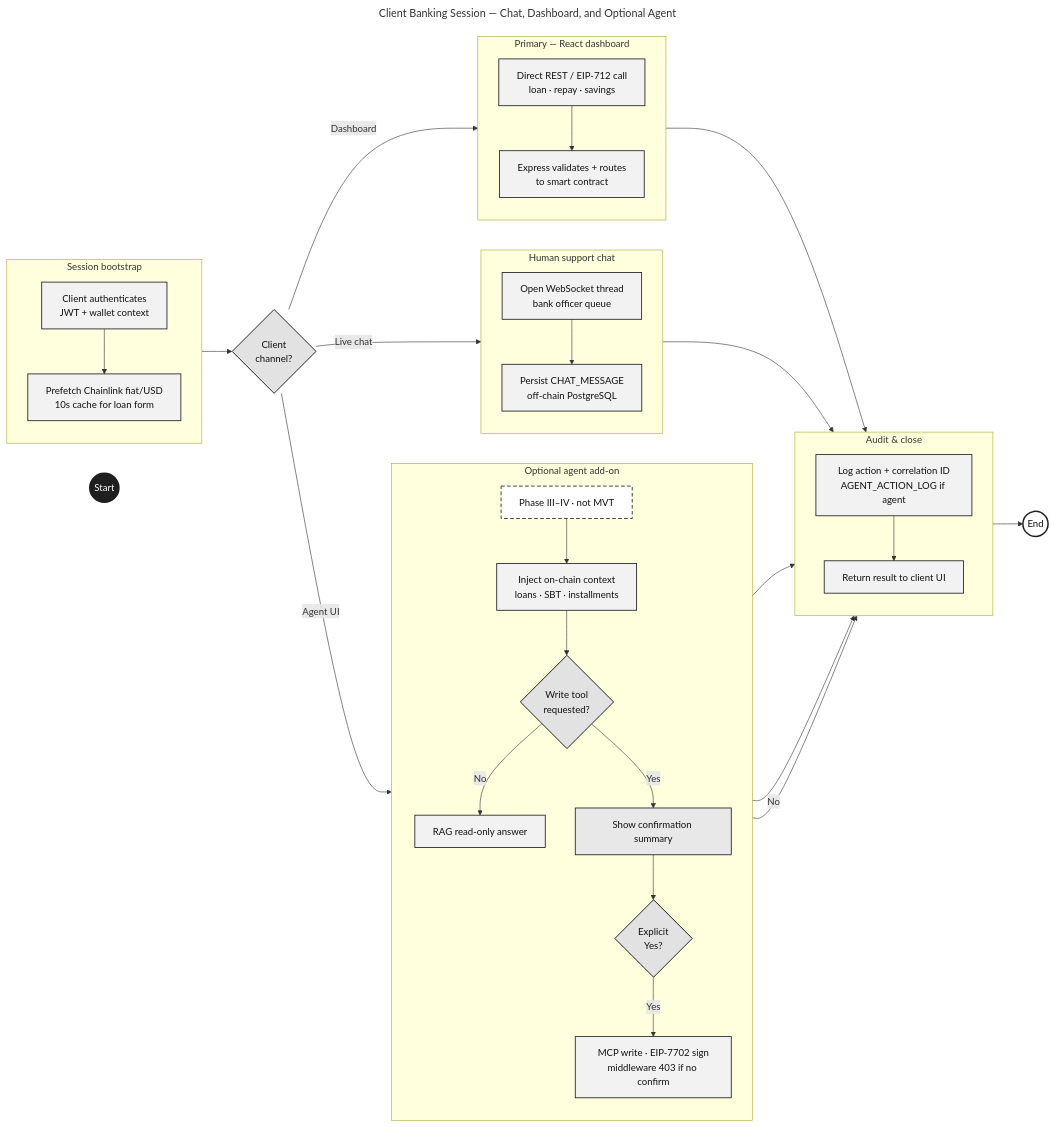
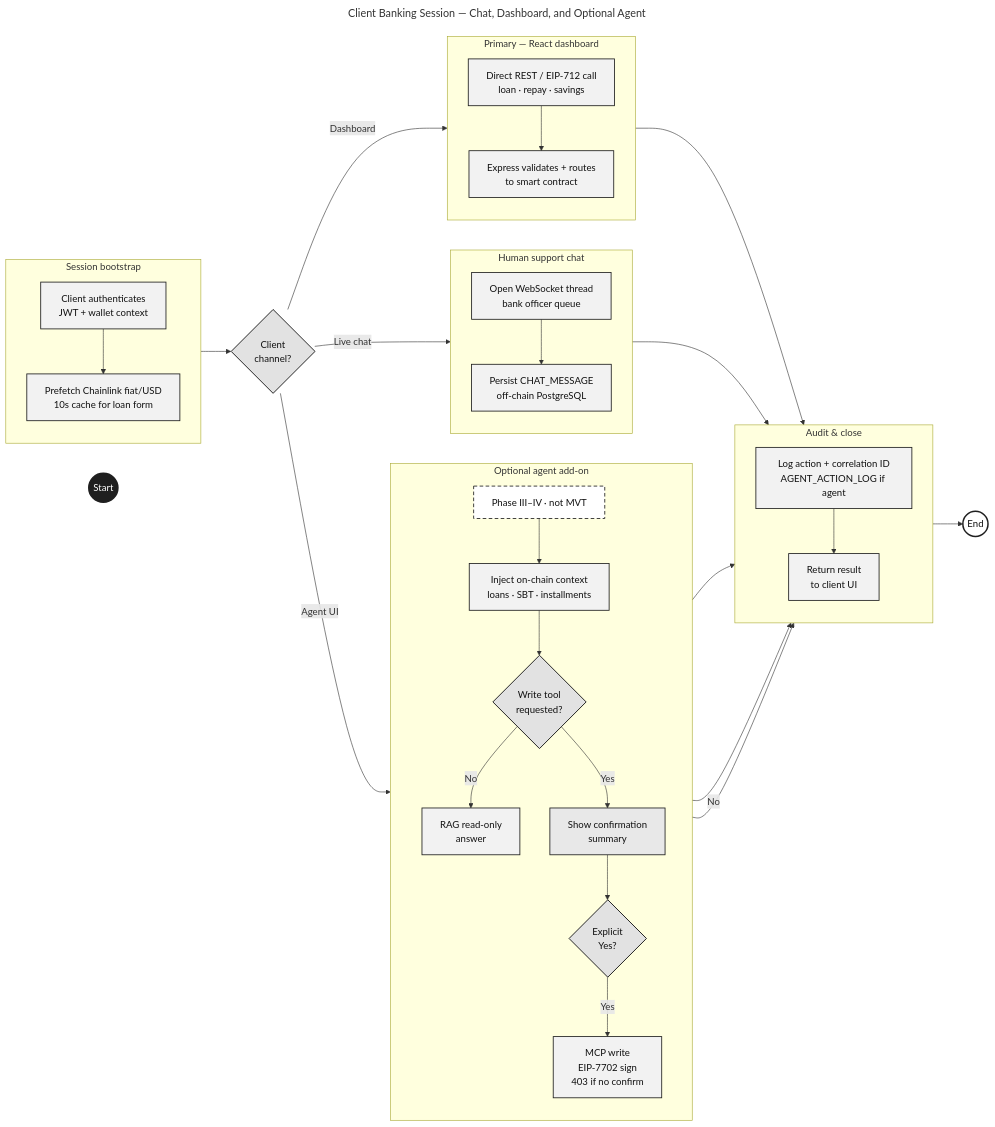
Before and after one commit to Yuvraajrahman/Cryto-World-Bank: the diagram in Documentation/Diagrams/mermaid-src/improved diagrams/fig-activity-aux.mmd, drawn with Mermaid. The commit also changed 115 other files, not shown here.

Commit message:
updated and fixed diagrams

```diff
--- a/Documentation/Diagrams/mermaid-src/improved diagrams/fig-activity-aux.mmd
+++ b/Documentation/Diagrams/mermaid-src/improved diagrams/fig-activity-aux.mmd
@@ -1,68 +1,68 @@
 ---
 title: Client Banking Session — Chat, Dashboard, and Optional Agent
 ---
 flowchart LR
     classDef start  fill:#1F1F1F,color:#FFFFFF,stroke:#1F1F1F,stroke-width:2.5px
     classDef finish fill:#FFFFFF,color:#111111,stroke:#1F1F1F,stroke-width:2.5px
     classDef act    fill:#F2F2F2,stroke:#1F1F1F,stroke-width:1.4px,color:#111111
     classDef dec    fill:#E2E2E2,stroke:#1F1F1F,stroke-width:1.6px,color:#111111
     classDef core   fill:#FAFAFA,stroke:#1F1F1F,stroke-width:1.6px,color:#111111
     classDef opt    fill:#FFFFFF,stroke:#1F1F1F,stroke-width:1.4px,color:#111111,stroke-dasharray:6 4
     classDef gate   fill:#E8E8E8,stroke:#1F1F1F,stroke-width:1.4px,color:#111111
 
     S(("Start")):::start
 
     subgraph PRE[" Session bootstrap "]
         direction TB
         PRE1["Client authenticates<br/>JWT + wallet context"]:::act
         PRE2["Prefetch Chainlink fiat/USD<br/>10s cache for loan form"]:::act
         PRE1 --> PRE2
     end
 
     PRE --> ROUTE{Client<br/>channel?}:::dec
 
     subgraph DASH[" Primary — React dashboard "]
         direction TB
         D1["Direct REST / EIP-712 call<br/>loan · repay · savings"]:::act
         D2["Express validates + routes<br/>to smart contract"]:::act
         D1 --> D2
     end
 
     subgraph CHAT[" Human support chat "]
         direction TB
         C1["Open WebSocket thread<br/>bank officer queue"]:::act
         C2["Persist CHAT_MESSAGE<br/>off-chain PostgreSQL"]:::act
         C1 --> C2
     end
 
     subgraph AGENT[" Optional agent add-on "]
         direction TB
         AG0["Phase III–IV · not MVT"]:::opt
         AG1["Inject on-chain context<br/>loans · SBT · installments"]:::act
         AG2{Write tool<br/>requested?}:::dec
-        AG3["RAG read-only answer"]:::act
-        AG4["Show confirmation summary"]:::gate
+        AG3["RAG read-only<br/>answer"]:::act
+        AG4["Show confirmation<br/>summary"]:::gate
         AG5{Explicit<br/>Yes?}:::dec
-        AG6["MCP write · EIP-7702 sign<br/>middleware 403 if no confirm"]:::act
+        AG6["MCP write<br/>EIP-7702 sign<br/>403 if no confirm"]:::act
         AG0 --> AG1 --> AG2
         AG2 -- "No" --> AG3
         AG2 -- "Yes" --> AG4 --> AG5
         AG5 -- "Yes" --> AG6
     end
 
     subgraph FIN[" Audit & close "]
         direction TB
         F1["Log action + correlation ID<br/>AGENT_ACTION_LOG if agent"]:::act
-        F2["Return result to client UI"]:::act
+        F2["Return result<br/>to client UI"]:::act
         F1 --> F2
     end
 
     E(("End")):::finish
 
     ROUTE -- "Dashboard" --> DASH --> FIN
     ROUTE -- "Live chat" --> CHAT --> FIN
     ROUTE -- "Agent UI" --> AGENT
     AG3 --> FIN
     AG5 -- "No" --> FIN
     AG6 --> FIN
     FIN --> E
```
